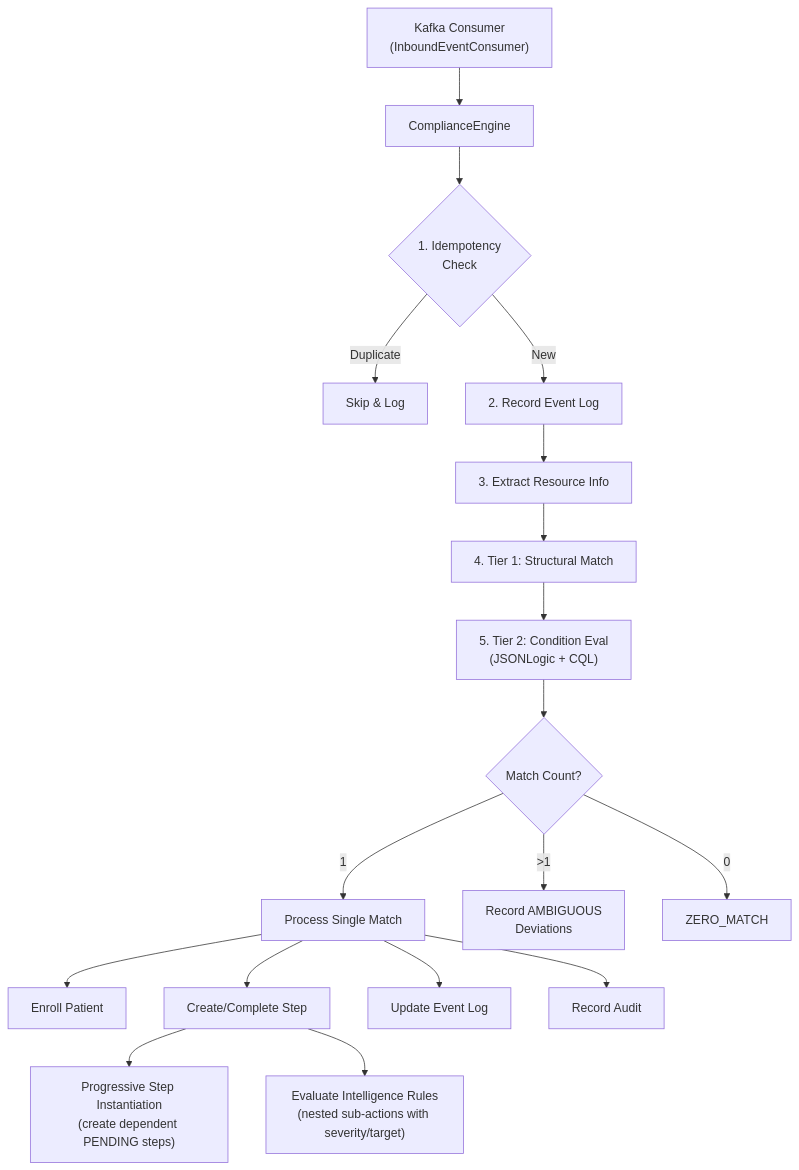
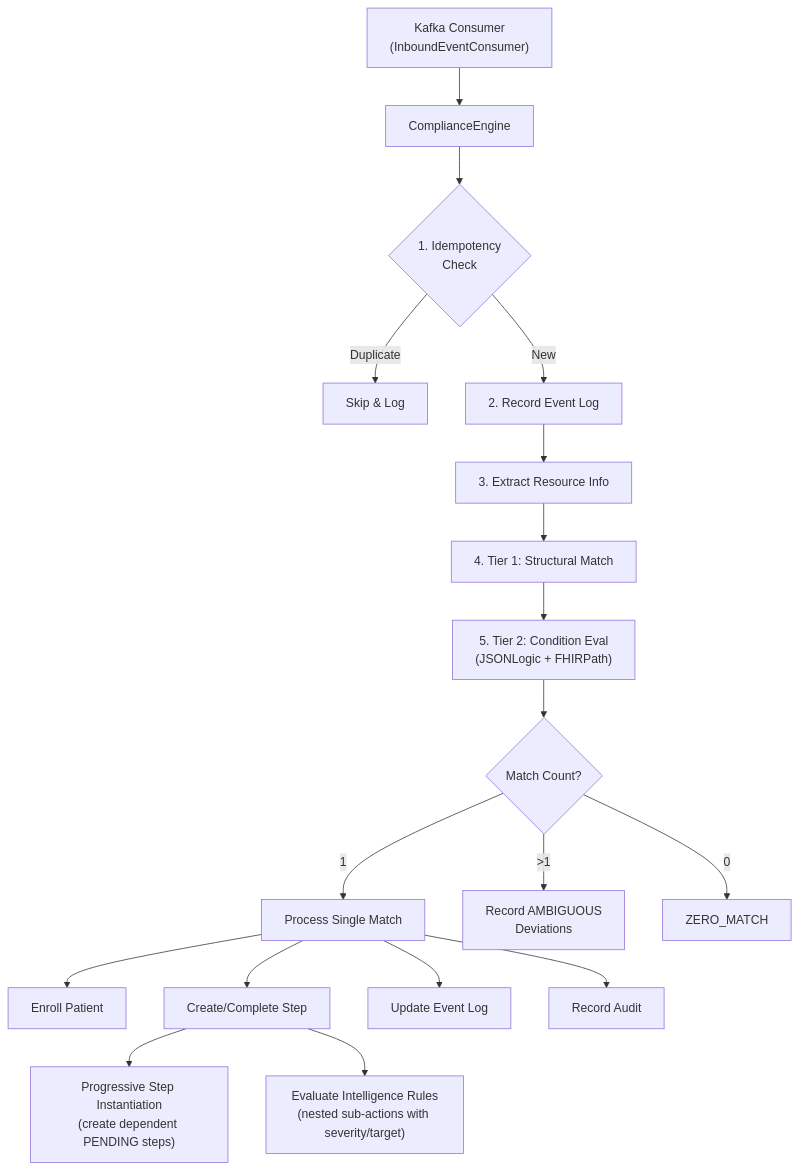
Before and after one commit to Jayaprakash8887/cce-compliance-service: the fourth of 6 diagrams in docs/high-level-design.md, drawn with Mermaid. The commit also changed other lines of this file and 4 other files, not shown here.

````diff
--- a/docs/high-level-design.md
+++ b/docs/high-level-design.md
@@ -110,20 +110,20 @@
 ```mermaid
 graph TB
     A["Kafka Consumer<br/>(InboundEventConsumer)"] --> B["ComplianceEngine"]
     B --> C{"1. Idempotency<br/>Check"}
     C -->|Duplicate| D["Skip & Log"]
     C -->|New| E["2. Record Event Log"]
     E --> F["3. Extract Resource Info"]
     F --> G["4. Tier 1: Structural Match"]
-    G --> H["5. Tier 2: Condition Eval<br/>(JSONLogic + CQL)"]
+    G --> H["5. Tier 2: Condition Eval<br/>(JSONLogic + FHIRPath)"]
     H --> I{"Match Count?"}
     I -->|"1"| J["Process Single Match"]
     I -->|">1"| K["Record AMBIGUOUS<br/>Deviations"]
     I -->|"0"| L["ZERO_MATCH"]
     J --> M["Enroll Patient"]
     J --> N["Create/Complete Step"]
     J --> O["Update Event Log"]
     J --> P["Record Audit"]
     N --> PI["Progressive Step Instantiation<br/>(create dependent PENDING steps)"]
     N --> IR["Evaluate Intelligence Rules<br/>(nested sub-actions with severity/target)"]
 ```
````
